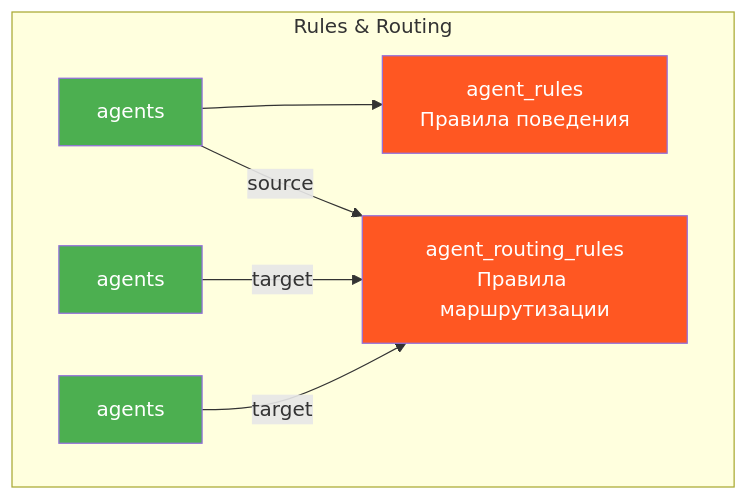
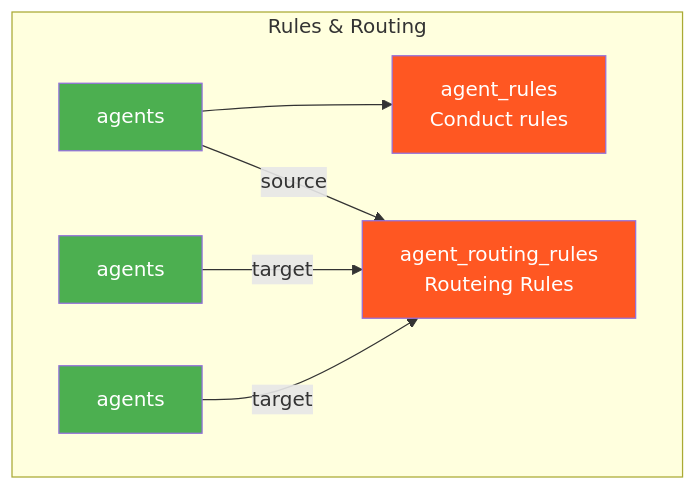
The fifth of 11 diagrams in components/office_services/central_database/DATABASE_DIAGRAM.md (Maxi-online/hr-intelligence-platform), drawn with Mermaid before and after one commit. The commit also changed other lines of this file and 90 other files, not shown here.

````diff
--- a/components/office_services/central_database/DATABASE_DIAGRAM.md
+++ b/components/office_services/central_database/DATABASE_DIAGRAM.md
@@ -409,22 +409,22 @@
 ```mermaid
 graph TB
     subgraph "Rules & Routing"
         A1[agents]
         A2[agents]
         A3[agents]
         
-        R[agent_rules<br/>Правила поведения]
-        RR[agent_routing_rules<br/>Правила маршрутизации]
+        R[agent_rules<br/> Conduct rules]
+        RR[agent_routing_rules<br/> Routeing Rules]
         
         A1 --> R
         A1 -->|source| RR
         A2 -->|target| RR
         A3 -->|target| RR
     end
     
     style A1 fill:#4CAF50,color:#fff
     style A2 fill:#4CAF50,color:#fff
     style A3 fill:#4CAF50,color:#fff
     style R fill:#FF5722,color:#fff
     style RR fill:#FF5722,color:#fff
 ```
````
